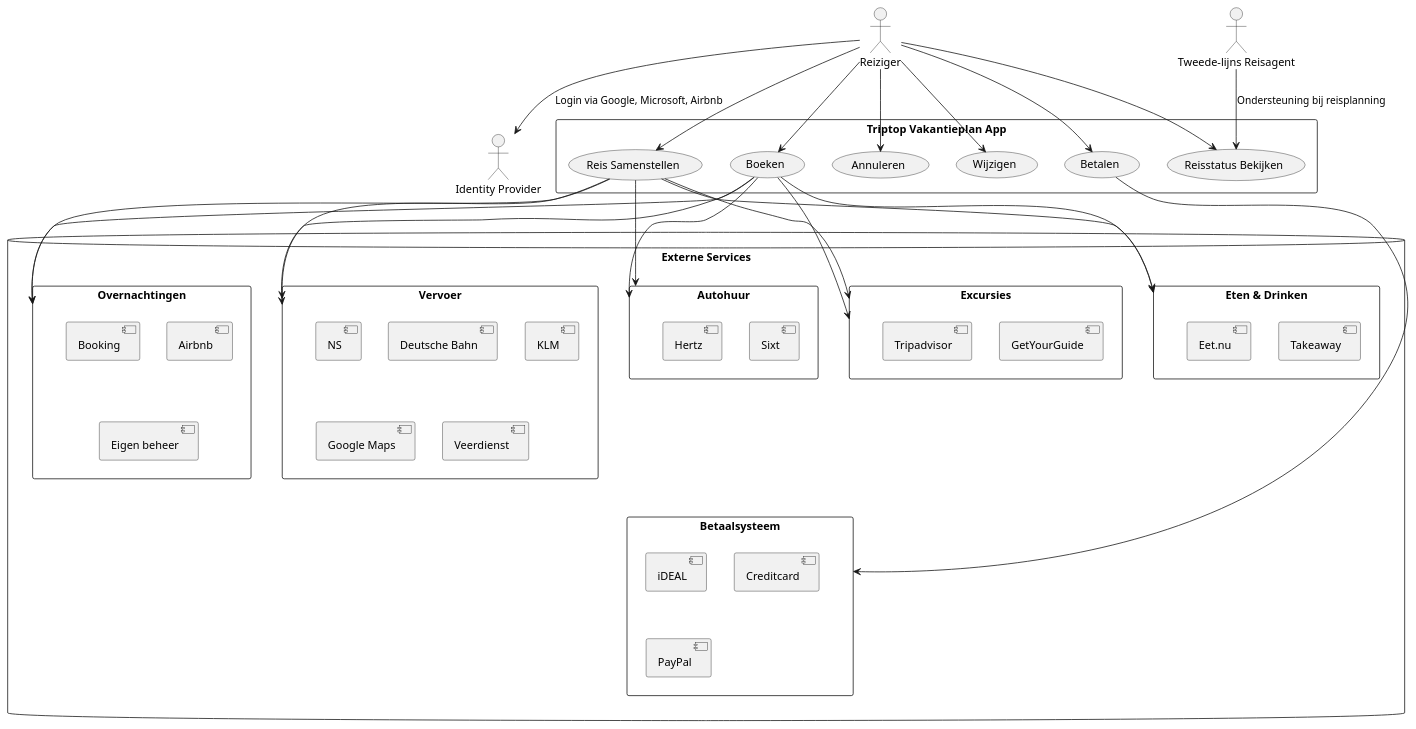
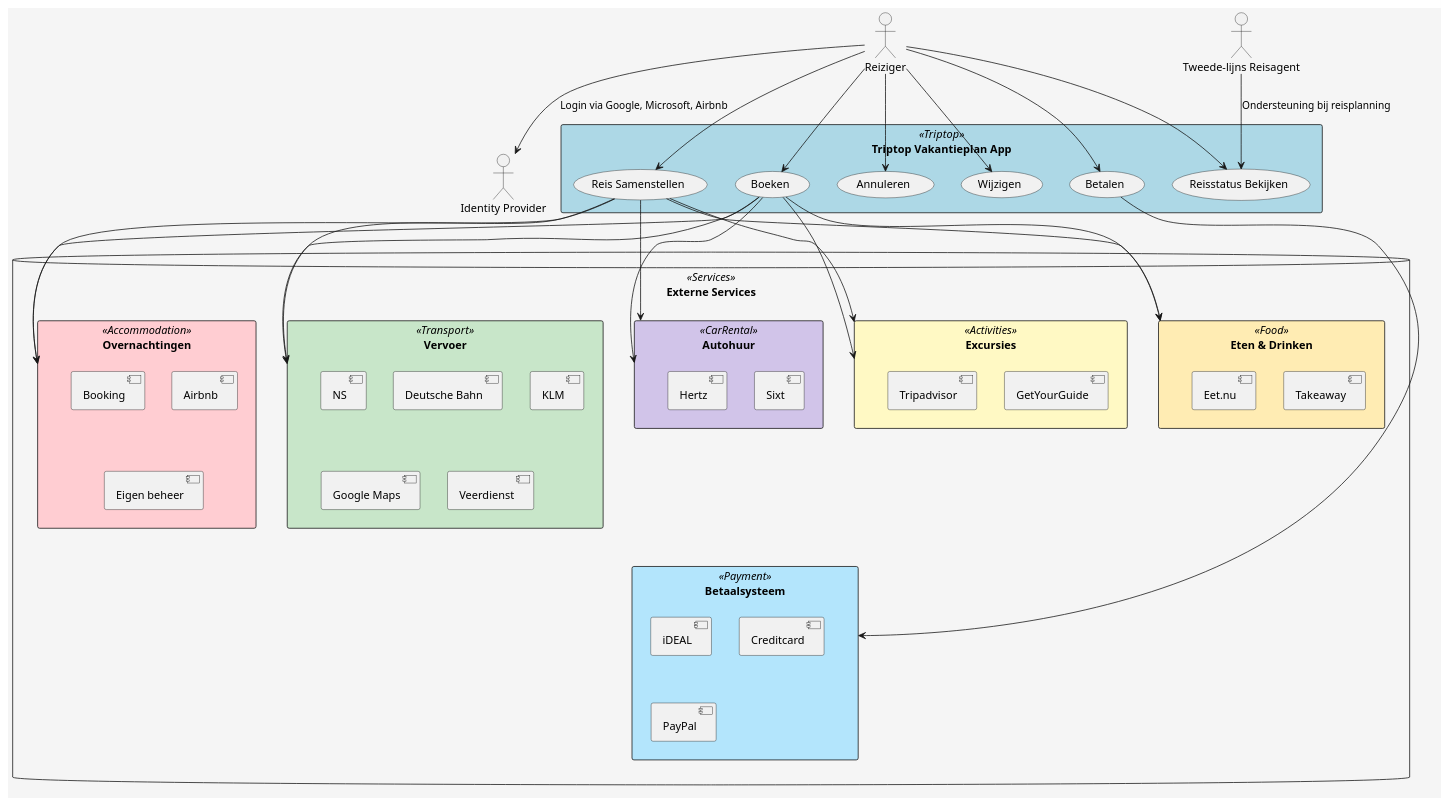
Before and after one commit to AIM-ENE-feb25/triptop-sqr-tech: the diagram in software-guidebook/plantuml.md, drawn with PlantUML. The commit also changed other lines of this file, not shown here.

Commit message:
mooie plantuml

````diff
--- a/software-guidebook/plantuml.md
+++ b/software-guidebook/plantuml.md
@@ -3,17 +1,27 @@
-```plantuml
 @startuml
+skinparam backgroundColor #F5F5F5
+skinparam rectangle {
+BackgroundColor<<Triptop>> #ADD8E6
+BackgroundColor<<Services>> #FFEB3B
+BackgroundColor<<Accommodation>> #FFCDD2
+BackgroundColor<<Transport>> #C8E6C9
+BackgroundColor<<CarRental>> #D1C4E9
+BackgroundColor<<Activities>> #FFF9C4
+BackgroundColor<<Food>> #FFECB3
+BackgroundColor<<Payment>> #B3E5FC
+}
 
 actor "Reiziger" as User
 actor "Tweede-lijns Reisagent" as Agent
 actor "Identity Provider" as IDP
 
-rectangle "Triptop Vakantieplan App" {
-  (Reis Samenstellen) as CreateTrip
-  (Boeken) as BookTrip
-  (Annuleren) as CancelTrip
-  (Wijzigen) as ModifyTrip
-  (Betalen) as PayTrip
-  (Reisstatus Bekijken) as ViewStatus
+rectangle "Triptop Vakantieplan App" <<Triptop>> {
+(Reis Samenstellen) as CreateTrip
+(Boeken) as BookTrip
+(Annuleren) as CancelTrip
+(Wijzigen) as ModifyTrip
+(Betalen) as PayTrip
+(Reisstatus Bekijken) as ViewStatus
 }
 
 User --> IDP : "Login via Google, Microsoft, Airbnb"
@@ -26,36 +34,36 @@
 
 Agent --> ViewStatus : "Ondersteuning bij reisplanning"
 
-database "Externe Services" as Services {
-  rectangle "Overnachtingen" as Accommodation {
-    [Booking]
-    [Airbnb]
-    [Eigen beheer]
-  }
-  rectangle "Vervoer" as Transport {
-    [NS]
-    [Deutsche Bahn]
-    [KLM]
-    [Google Maps]
-    [Veerdienst]
-  }
-  rectangle "Autohuur" as CarRental {
-    [Sixt]
-    [Hertz]
-  }
-  rectangle "Excursies" as Activities {
-    [GetYourGuide]
-    [Tripadvisor]
-  }
-  rectangle "Eten & Drinken" as Food {
-    [Takeaway]
-    [Eet.nu]
-  }
-  rectangle "Betaalsysteem" as Payment {
-    [iDEAL]
-    [Creditcard]
-    [PayPal]
-  }
+database "Externe Services" as Services <<Services>> {
+rectangle "Overnachtingen" as Accommodation <<Accommodation>> {
+[Booking]
+[Airbnb]
+[Eigen beheer]
+}
+rectangle "Vervoer" as Transport <<Transport>> {
+[NS]
+[Deutsche Bahn]
+[KLM]
+[Google Maps]
+[Veerdienst]
+}
+rectangle "Autohuur" as CarRental <<CarRental>> {
+[Sixt]
+[Hertz]
+}
+rectangle "Excursies" as Activities <<Activities>> {
+[GetYourGuide]
+[Tripadvisor]
+}
+rectangle "Eten & Drinken" as Food <<Food>> {
+[Takeaway]
+[Eet.nu]
+}
+rectangle "Betaalsysteem" as Payment <<Payment>> {
+[iDEAL]
+[Creditcard]
+[PayPal]
+}
 }
 
 CreateTrip --> Accommodation
@@ -73,4 +81,3 @@
 PayTrip --> Payment
 
 @enduml
-```
````
